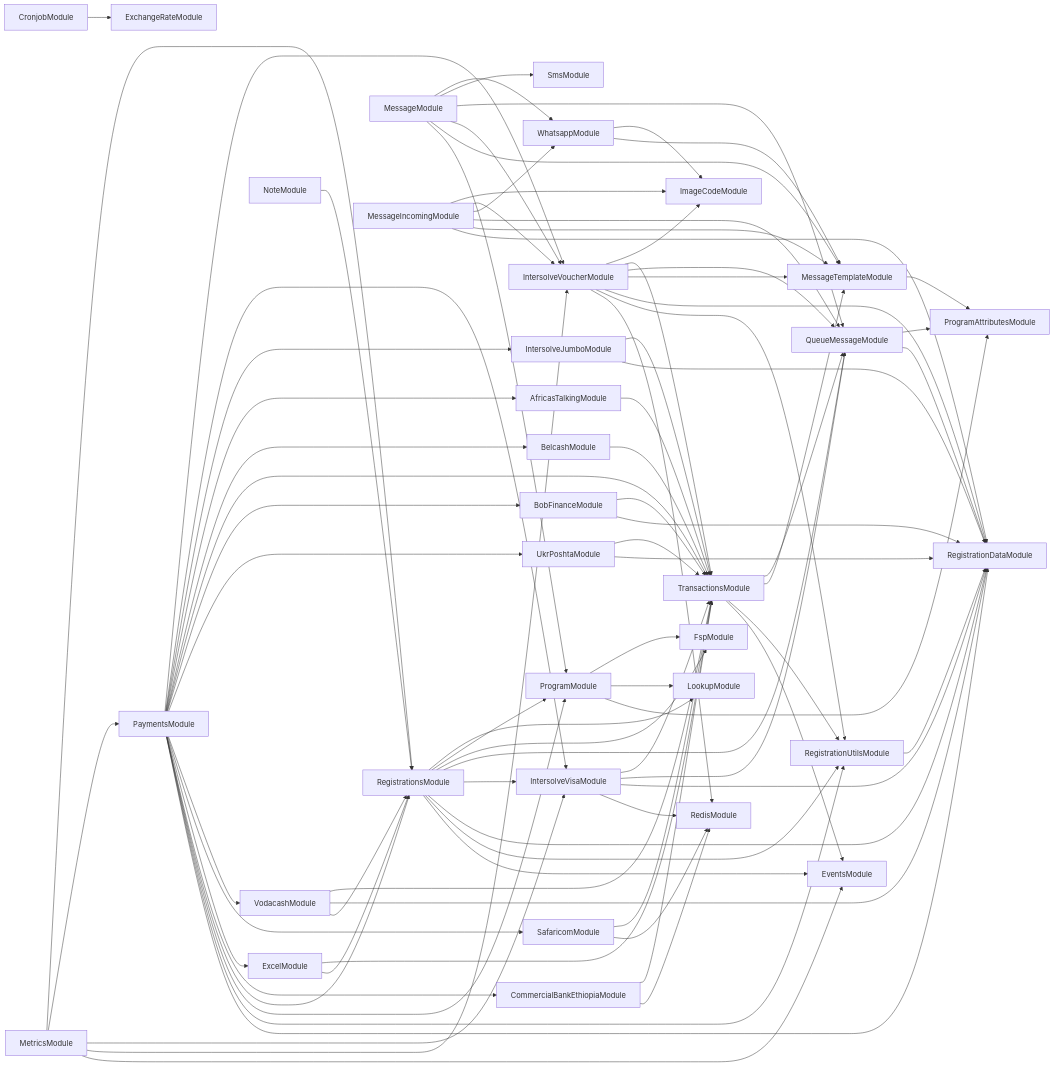
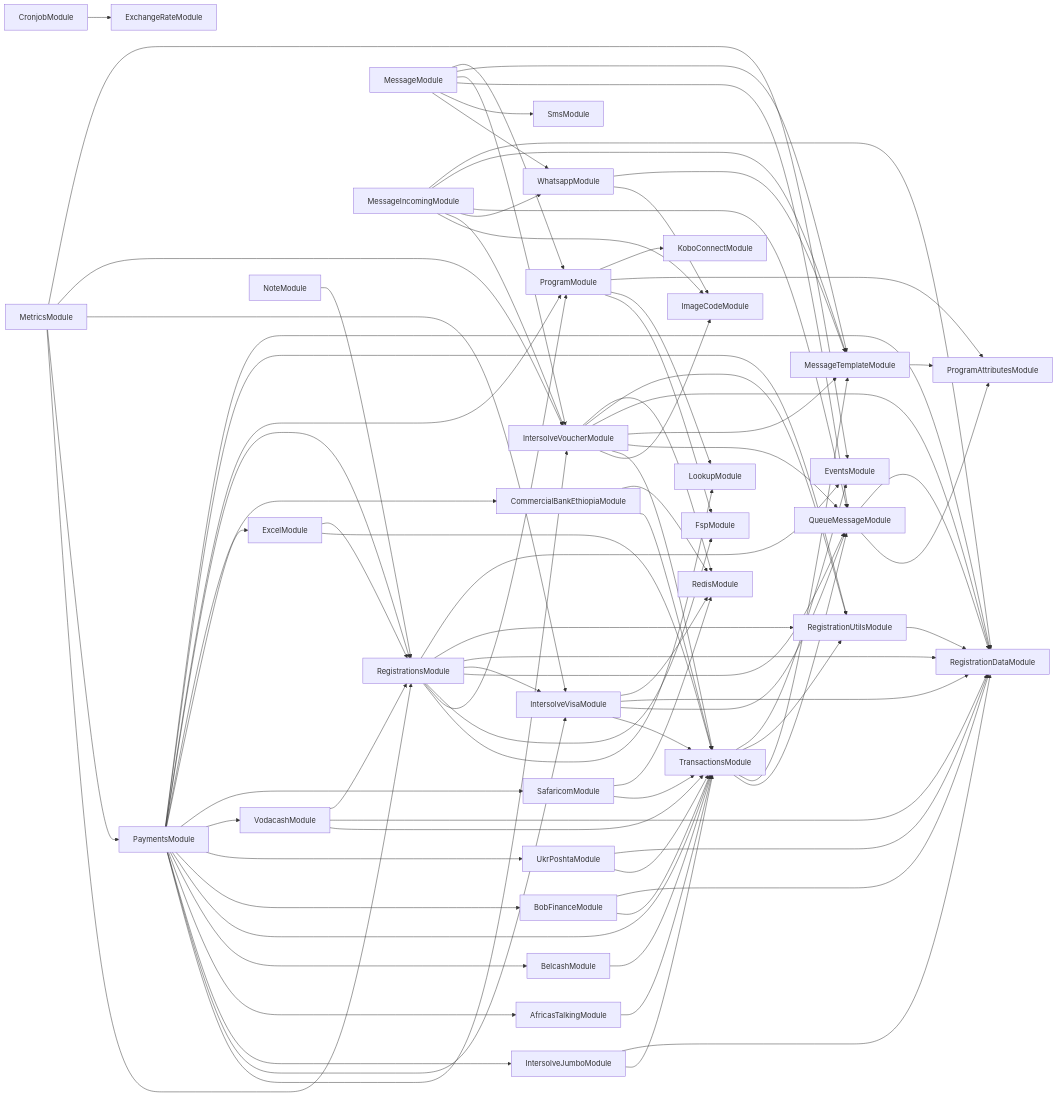
Before and after one commit to global-121/121-platform: the diagram in services/121-service/module-dependencies.md, drawn with Mermaid. The commit also changed 7 other files, not shown here.

Commit message:
feat: Add "Create Program from Kobo" to API

```diff
--- a/services/121-service/module-dependencies.md
+++ b/services/121-service/module-dependencies.md
@@ -5,6 +5,7 @@
   ProgramModule-->FspModule
   ProgramModule-->LookupModule
   ProgramModule-->ProgramAttributesModule
+  ProgramModule-->KoboConnectModule
   MessageTemplateModule-->ProgramAttributesModule
   CronjobModule-->ExchangeRateModule
   RegistrationsModule-->LookupModule
```
